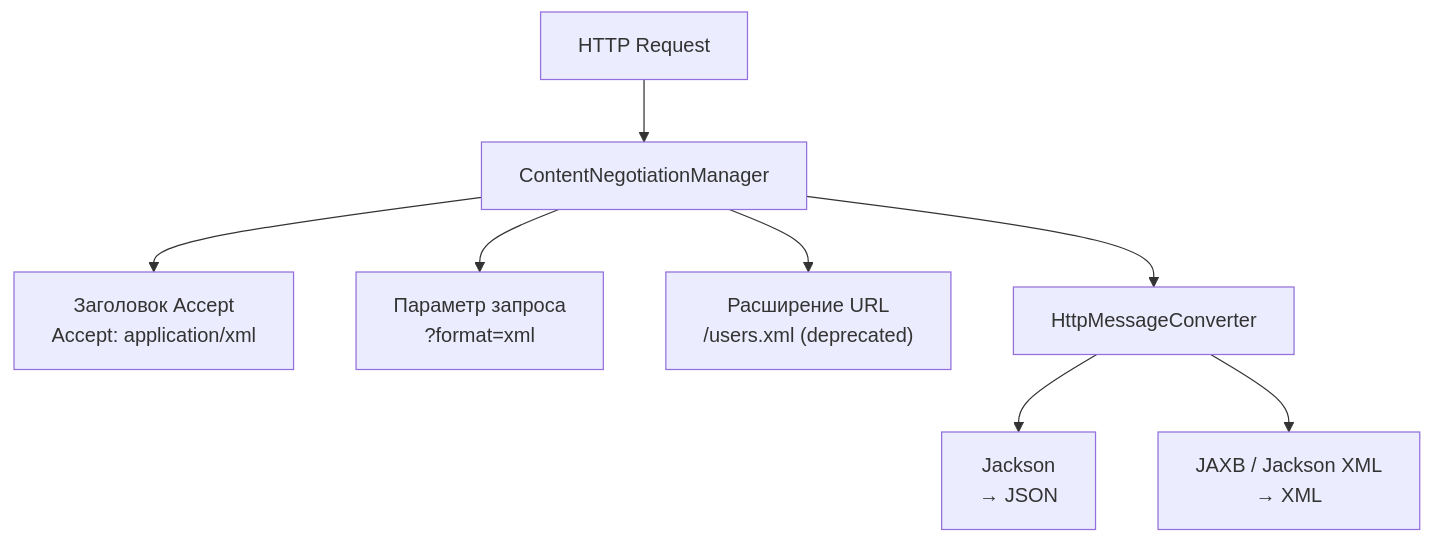
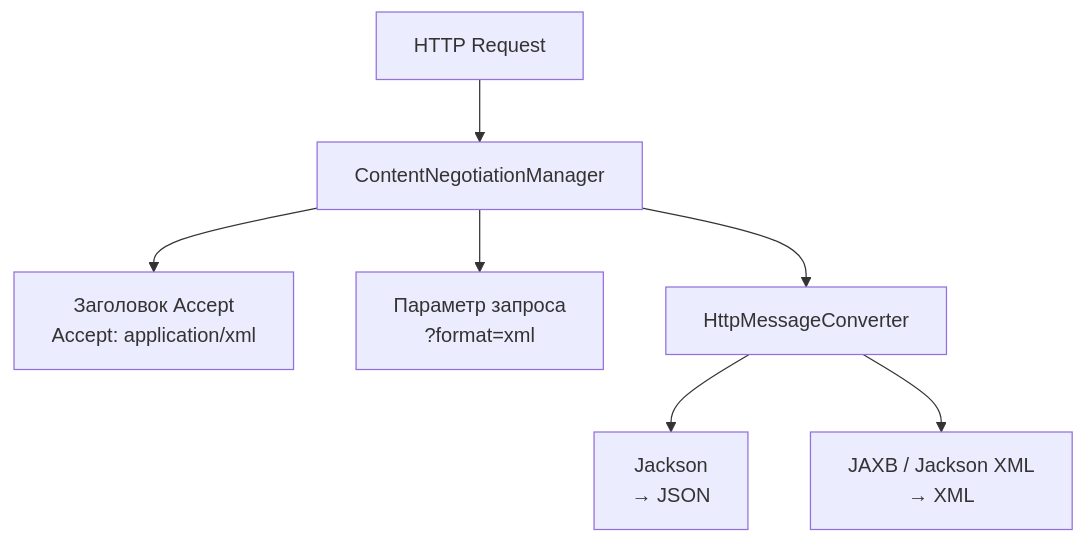
Diagram 18 of 20 in cheatsheets/interview/frameworks/spring/spring-mvc-interview.md (akeverus/cheat-sheet), drawn with Mermaid before and after one commit. The commit also changed other lines of this file and 2 other files, not shown here.

````diff
--- a/cheatsheets/interview/frameworks/spring/spring-mvc-interview.md
+++ b/cheatsheets/interview/frameworks/spring/spring-mvc-interview.md
@@ -890,10 +1102,9 @@
 ```mermaid
 graph TB
     Req["HTTP Request"] --> CN["ContentNegotiationManager"]
     CN --> S1["Заголовок Accept<br/>Accept: application/xml"]
     CN --> S2["Параметр запроса<br/>?format=xml"]
-    CN --> S3["Расширение URL<br/>/users.xml (deprecated)"]
     CN --> Conv["HttpMessageConverter"]
     Conv --> JSON["Jackson<br/>→ JSON"]
     Conv --> XML["JAXB / Jackson XML<br/>→ XML"]
 ```
````
